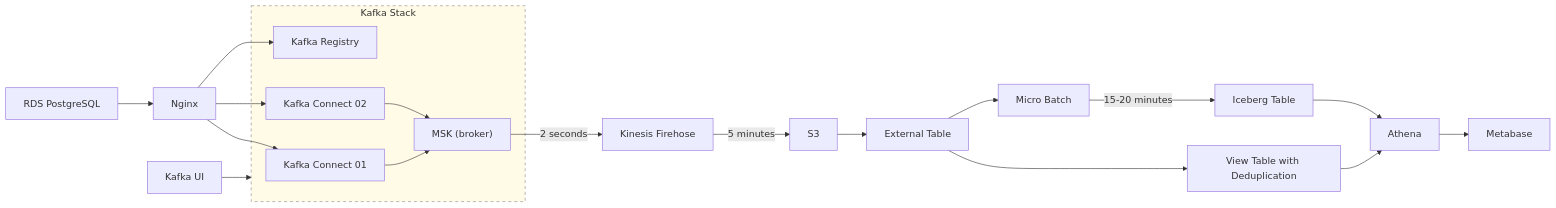
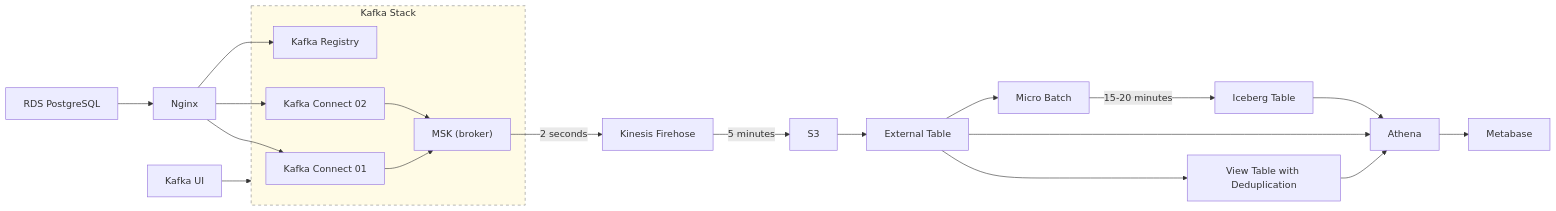
The diagram in README.md (rudy-prietno/streamlake), drawn with Mermaid before and after one commit.

````diff
--- a/README.md
+++ b/README.md
@@ -7,52 +7,53 @@
 ```mermaid
 flowchart LR
   %% ===== Left block =====
   DB[RDS PostgreSQL]
   NGINX[Nginx]
 
   subgraph KAFKA_STACK[Kafka Stack]
     KC1["Kafka Connect 01"]
     KC2["Kafka Connect 02"]
     REG["Kafka Registry"]
     MSK["MSK (broker)"]
   end
 
   KUI["Kafka UI"]
 
   %% ===== Middle / Right block =====
   KFH["Kinesis Firehose"]
   S3["S3"]
   EXT["External Table"]
   VIEW["View Table with Deduplication"]
   ATH["Athena"]
   META["Metabase"]
   MB["Micro Batch"]
   ICE["Iceberg Table"]
 
   %% ===== Flows =====
   DB --> NGINX
   NGINX --> KC1
   NGINX --> KC2
   NGINX --> REG
   KC1 --> MSK
   KC2 --> MSK
 
   %% Kafka UI points to the whole stack
   KUI --> KAFKA_STACK
 
   %% Stream to Firehose and S3
   MSK -- "2 seconds" --> KFH
   KFH -- "5 minutes" --> S3
 
   %% S3 -> Athena via External Table
   S3 --> EXT --> VIEW --> ATH
+  EXT --> ATH
   ATH --> META
 
   %% Micro-batch path to Iceberg
   EXT --> MB
   MB -- "15-20 minutes" --> ICE
   ICE --> ATH
 
   %% Optional style for the stack area
   style KAFKA_STACK fill:#fffbe6,stroke:#888,stroke-width:1px,stroke-dasharray: 5 5
 ```
````
